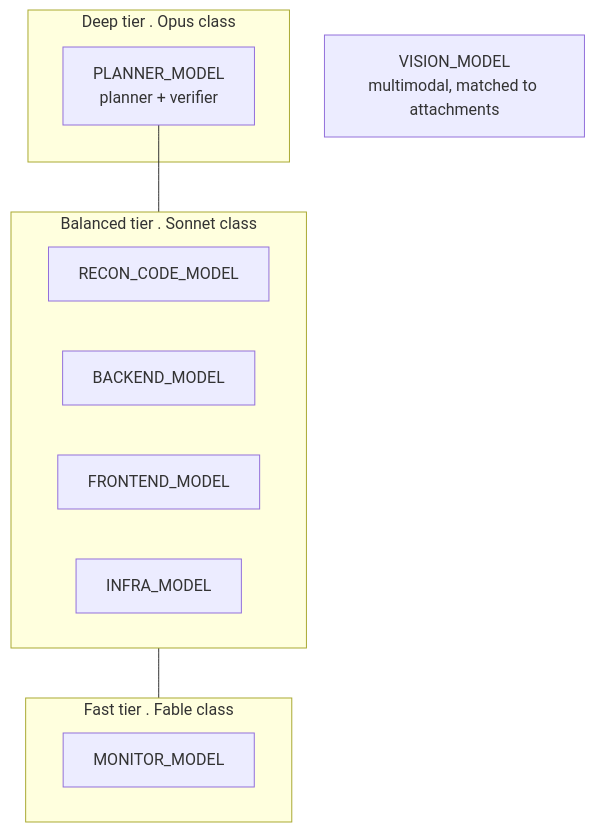
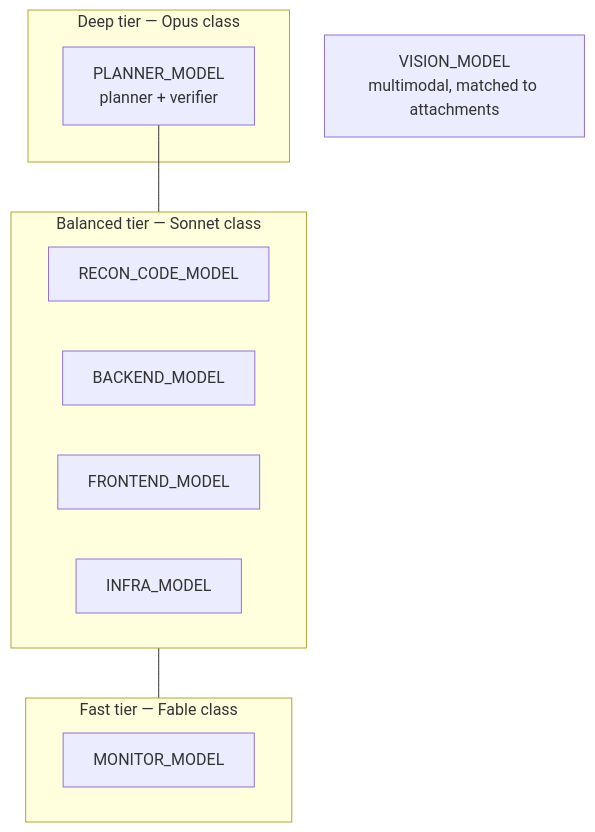
The second of 2 diagrams in site-relay-mesh-docs/Steering Models Across Phases.md (CodeStrux/relay-mesh), drawn with Mermaid before and after one commit. The commit also changed other lines of this file and 8 other files, not shown here.

````diff
--- a/site-relay-mesh-docs/Steering Models Across Phases.md
+++ b/site-relay-mesh-docs/Steering Models Across Phases.md
@@ -54,18 +63,18 @@
 ```mermaid
 flowchart TD
-    subgraph DEEP["Deep tier . Opus class"]
+    subgraph DEEP["Deep tier — Opus class"]
         PL["PLANNER_MODEL<br/>planner + verifier"]
     end
-    subgraph BAL["Balanced tier . Sonnet class"]
+    subgraph BAL["Balanced tier — Sonnet class"]
         RC["RECON_CODE_MODEL"]
         BE["BACKEND_MODEL"]
         FE["FRONTEND_MODEL"]
         IN["INFRA_MODEL"]
     end
-    subgraph FAST["Fast tier . Fable class"]
+    subgraph FAST["Fast tier — Fable class"]
         MO["MONITOR_MODEL"]
     end
     VI["VISION_MODEL<br/>multimodal, matched to attachments"]
     PL --- BAL
     BAL --- FAST
 ```
````
